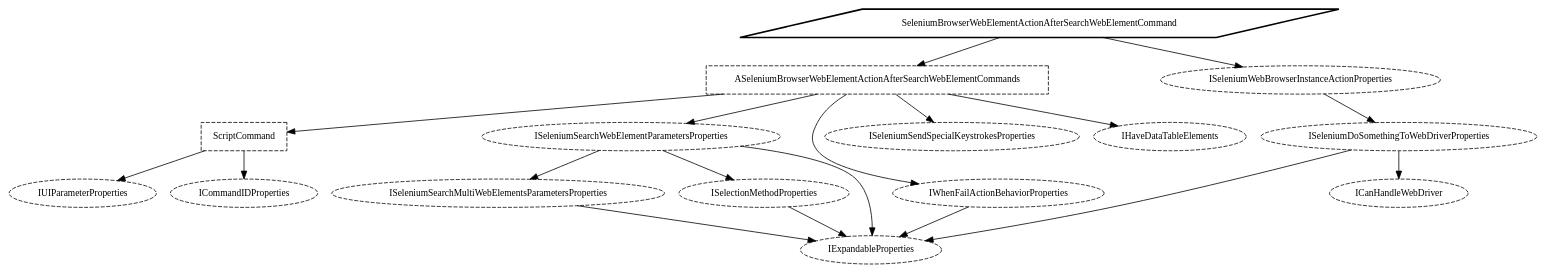
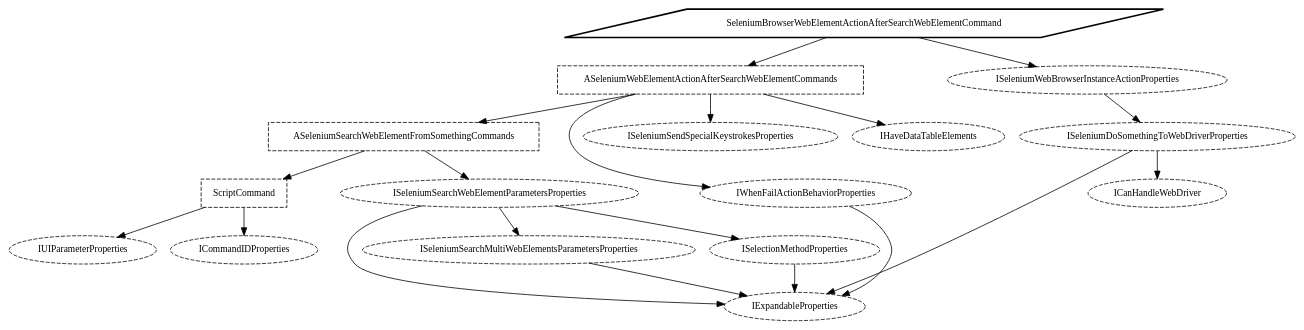
The diagram in taskt/Core/Automation/Commands/WebBrowserGroup/SeleniumBrowserWebElementActionAfterSearchWebElementCommand.dot (saucepleez/taskt), drawn with Graphviz before and after one commit. The commit also changed 45 other files, not shown here.

```diff
--- a/taskt/Core/Automation/Commands/WebBrowserGroup/SeleniumBrowserWebElementActionAfterSearchWebElementCommand.dot
+++ b/taskt/Core/Automation/Commands/WebBrowserGroup/SeleniumBrowserWebElementActionAfterSearchWebElementCommand.dot
@@ -1,43 +1,45 @@
 digraph "taskt.Core.Automation.Commands.SeleniumBrowserWebElementActionAfterSearchWebElementCommand" {
     rankdir="TB";
     node [
         shape="box",
         fontname="Meiryo UI",
         fontsize="12pt"
     ];
 
 "taskt.Core.Automation.Commands.SeleniumBrowserWebElementActionAfterSearchWebElementCommand" [ label="SeleniumBrowserWebElementActionAfterSearchWebElementCommand", shape="parallelogram", style="bold", ];
-"taskt.Core.Automation.Commands.WebBrowserGroup.ASeleniumBrowserWebElementActionAfterSearchWebElementCommands" [ label="ASeleniumBrowserWebElementActionAfterSearchWebElementCommands", style="dashed", ];
+"taskt.Core.Automation.Commands.WebBrowserGroup.ASeleniumWebElementActionAfterSearchWebElementCommands" [ label="ASeleniumWebElementActionAfterSearchWebElementCommands", style="dashed", ];
 "taskt.Core.Automation.Commands.WebBrowserGroup.ISeleniumWebBrowserInstanceActionProperties" [ label="ISeleniumWebBrowserInstanceActionProperties", shape="ellipse", style="dashed", ];
-"taskt.Core.Automation.Commands.ScriptCommand" [ label="ScriptCommand", style="dashed", ];
-"taskt.Core.Automation.Commands.WebBrowserGroup.ISeleniumSearchWebElementParametersProperties" [ label="ISeleniumSearchWebElementParametersProperties", shape="ellipse", style="dashed", ];
+"taskt.Core.Automation.Commands.WebBrowserGroup.ASeleniumSearchWebElementFromSomethingCommands" [ label="ASeleniumSearchWebElementFromSomethingCommands", style="dashed", ];
 "taskt.Core.Automation.Commands.IWhenFailActionBehaviorProperties" [ label="IWhenFailActionBehaviorProperties", shape="ellipse", style="dashed", ];
 "taskt.Core.Automation.Commands.WebBrowserGroup.ISeleniumSendSpecialKeystrokesProperties" [ label="ISeleniumSendSpecialKeystrokesProperties", shape="ellipse", style="dashed", ];
 "taskt.Core.Automation.Commands.IHaveDataTableElements" [ label="IHaveDataTableElements", shape="ellipse", style="dashed", ];
 "taskt.Core.Automation.Commands.WebBrowserGroup.ISeleniumDoSomethingToWebDriverProperties" [ label="ISeleniumDoSomethingToWebDriverProperties", shape="ellipse", style="dashed", ];
+"taskt.Core.Automation.Commands.ScriptCommand" [ label="ScriptCommand", style="dashed", ];
+"taskt.Core.Automation.Commands.WebBrowserGroup.ISeleniumSearchWebElementParametersProperties" [ label="ISeleniumSearchWebElementParametersProperties", shape="ellipse", style="dashed", ];
+"taskt.Core.Automation.Commands.IExpandableProperties" [ label="IExpandableProperties", shape="ellipse", style="dashed", ];
+"taskt.Core.Automation.Commands.WebBrowserGroup.ICanHandleWebDriver" [ label="ICanHandleWebDriver", shape="ellipse", style="dashed", ];
 "taskt.Core.Automation.Commands.IUIParameterProperties" [ label="IUIParameterProperties", shape="ellipse", style="dashed", ];
 "taskt.Core.Automation.Commands.ICommandIDProperties" [ label="ICommandIDProperties", shape="ellipse", style="dashed", ];
 "taskt.Core.Automation.Commands.WebBrowserGroup.ISeleniumSearchMultiWebElementsParametersProperties" [ label="ISeleniumSearchMultiWebElementsParametersProperties", shape="ellipse", style="dashed", ];
 "taskt.Core.Automation.Commands.ISelectionMethodProperties" [ label="ISelectionMethodProperties", shape="ellipse", style="dashed", ];
-"taskt.Core.Automation.Commands.IExpandableProperties" [ label="IExpandableProperties", shape="ellipse", style="dashed", ];
-"taskt.Core.Automation.Commands.WebBrowserGroup.ICanHandleWebDriver" [ label="ICanHandleWebDriver", shape="ellipse", style="dashed", ];
 
-"taskt.Core.Automation.Commands.SeleniumBrowserWebElementActionAfterSearchWebElementCommand" -> "taskt.Core.Automation.Commands.WebBrowserGroup.ASeleniumBrowserWebElementActionAfterSearchWebElementCommands";
+"taskt.Core.Automation.Commands.SeleniumBrowserWebElementActionAfterSearchWebElementCommand" -> "taskt.Core.Automation.Commands.WebBrowserGroup.ASeleniumWebElementActionAfterSearchWebElementCommands";
 "taskt.Core.Automation.Commands.SeleniumBrowserWebElementActionAfterSearchWebElementCommand" -> "taskt.Core.Automation.Commands.WebBrowserGroup.ISeleniumWebBrowserInstanceActionProperties";
-"taskt.Core.Automation.Commands.WebBrowserGroup.ASeleniumBrowserWebElementActionAfterSearchWebElementCommands" -> "taskt.Core.Automation.Commands.ScriptCommand";
-"taskt.Core.Automation.Commands.WebBrowserGroup.ASeleniumBrowserWebElementActionAfterSearchWebElementCommands" -> "taskt.Core.Automation.Commands.WebBrowserGroup.ISeleniumSearchWebElementParametersProperties";
-"taskt.Core.Automation.Commands.WebBrowserGroup.ASeleniumBrowserWebElementActionAfterSearchWebElementCommands" -> "taskt.Core.Automation.Commands.IWhenFailActionBehaviorProperties";
-"taskt.Core.Automation.Commands.WebBrowserGroup.ASeleniumBrowserWebElementActionAfterSearchWebElementCommands" -> "taskt.Core.Automation.Commands.WebBrowserGroup.ISeleniumSendSpecialKeystrokesProperties";
-"taskt.Core.Automation.Commands.WebBrowserGroup.ASeleniumBrowserWebElementActionAfterSearchWebElementCommands" -> "taskt.Core.Automation.Commands.IHaveDataTableElements";
+"taskt.Core.Automation.Commands.WebBrowserGroup.ASeleniumWebElementActionAfterSearchWebElementCommands" -> "taskt.Core.Automation.Commands.WebBrowserGroup.ASeleniumSearchWebElementFromSomethingCommands";
+"taskt.Core.Automation.Commands.WebBrowserGroup.ASeleniumWebElementActionAfterSearchWebElementCommands" -> "taskt.Core.Automation.Commands.IWhenFailActionBehaviorProperties";
+"taskt.Core.Automation.Commands.WebBrowserGroup.ASeleniumWebElementActionAfterSearchWebElementCommands" -> "taskt.Core.Automation.Commands.WebBrowserGroup.ISeleniumSendSpecialKeystrokesProperties";
+"taskt.Core.Automation.Commands.WebBrowserGroup.ASeleniumWebElementActionAfterSearchWebElementCommands" -> "taskt.Core.Automation.Commands.IHaveDataTableElements";
 "taskt.Core.Automation.Commands.WebBrowserGroup.ISeleniumWebBrowserInstanceActionProperties" -> "taskt.Core.Automation.Commands.WebBrowserGroup.ISeleniumDoSomethingToWebDriverProperties";
+"taskt.Core.Automation.Commands.WebBrowserGroup.ASeleniumSearchWebElementFromSomethingCommands" -> "taskt.Core.Automation.Commands.ScriptCommand";
+"taskt.Core.Automation.Commands.WebBrowserGroup.ASeleniumSearchWebElementFromSomethingCommands" -> "taskt.Core.Automation.Commands.WebBrowserGroup.ISeleniumSearchWebElementParametersProperties";
+"taskt.Core.Automation.Commands.IWhenFailActionBehaviorProperties" -> "taskt.Core.Automation.Commands.IExpandableProperties";
+"taskt.Core.Automation.Commands.WebBrowserGroup.ISeleniumDoSomethingToWebDriverProperties" -> "taskt.Core.Automation.Commands.WebBrowserGroup.ICanHandleWebDriver";
+"taskt.Core.Automation.Commands.WebBrowserGroup.ISeleniumDoSomethingToWebDriverProperties" -> "taskt.Core.Automation.Commands.IExpandableProperties";
 "taskt.Core.Automation.Commands.ScriptCommand" -> "taskt.Core.Automation.Commands.IUIParameterProperties";
 "taskt.Core.Automation.Commands.ScriptCommand" -> "taskt.Core.Automation.Commands.ICommandIDProperties";
 "taskt.Core.Automation.Commands.WebBrowserGroup.ISeleniumSearchWebElementParametersProperties" -> "taskt.Core.Automation.Commands.WebBrowserGroup.ISeleniumSearchMultiWebElementsParametersProperties";
 "taskt.Core.Automation.Commands.WebBrowserGroup.ISeleniumSearchWebElementParametersProperties" -> "taskt.Core.Automation.Commands.ISelectionMethodProperties";
 "taskt.Core.Automation.Commands.WebBrowserGroup.ISeleniumSearchWebElementParametersProperties" -> "taskt.Core.Automation.Commands.IExpandableProperties";
-"taskt.Core.Automation.Commands.IWhenFailActionBehaviorProperties" -> "taskt.Core.Automation.Commands.IExpandableProperties";
-"taskt.Core.Automation.Commands.WebBrowserGroup.ISeleniumDoSomethingToWebDriverProperties" -> "taskt.Core.Automation.Commands.WebBrowserGroup.ICanHandleWebDriver";
-"taskt.Core.Automation.Commands.WebBrowserGroup.ISeleniumDoSomethingToWebDriverProperties" -> "taskt.Core.Automation.Commands.IExpandableProperties";
 "taskt.Core.Automation.Commands.WebBrowserGroup.ISeleniumSearchMultiWebElementsParametersProperties" -> "taskt.Core.Automation.Commands.IExpandableProperties";
 "taskt.Core.Automation.Commands.ISelectionMethodProperties" -> "taskt.Core.Automation.Commands.IExpandableProperties";
 }
```
